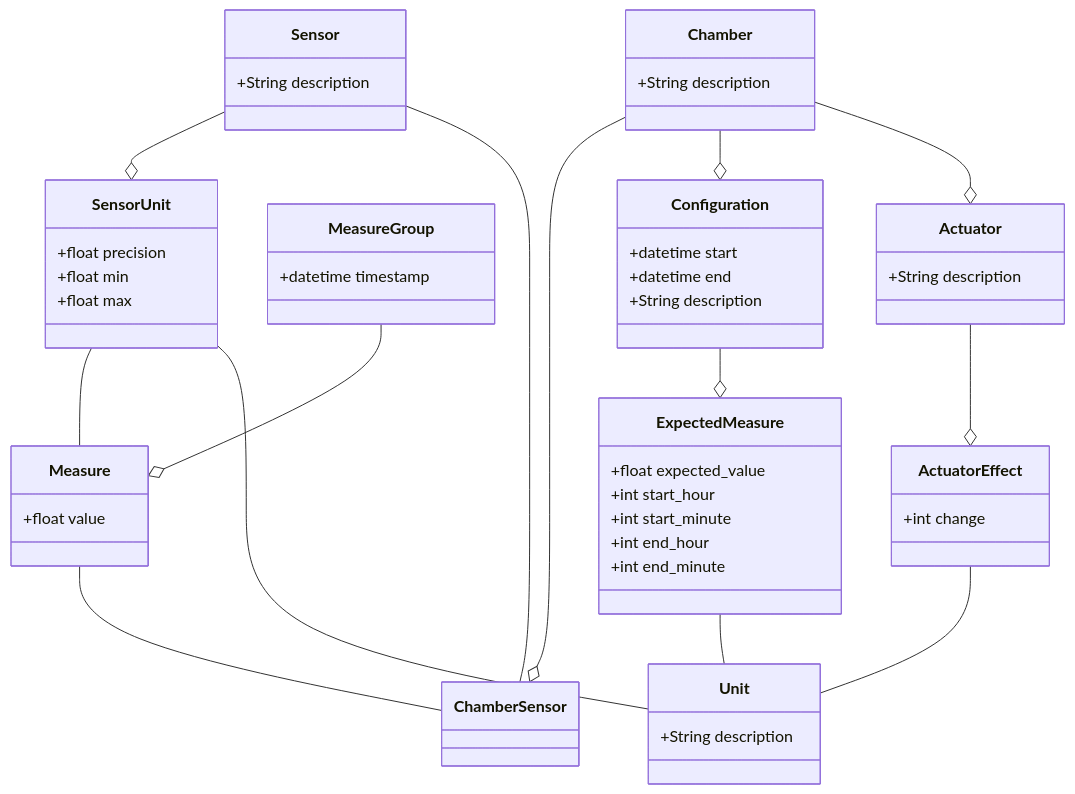
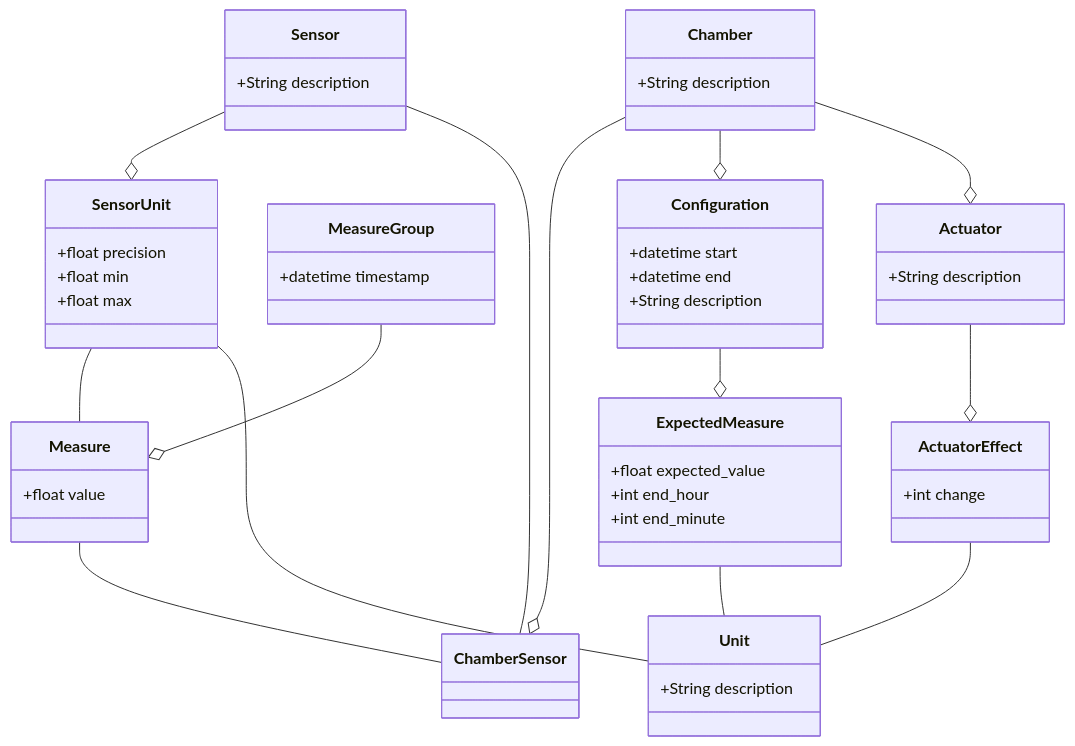
Before and after one commit to GrowCab/GC_database: the diagram in docs/database_design.md, drawn with Mermaid.

Commit message:
Add comments regarding the db model

````diff
--- a/docs/database_design.md
+++ b/docs/database_design.md
@@ -1,64 +1,70 @@
 ```mermaid
 classDiagram
 
 class Sensor{
     +String description
 }
 
 class SensorUnit{
     +float precision
     +float min
     +float max
 }
 
 class Unit{
     +String description
 }
 
 class MeasureGroup{
     +datetime timestamp
 }
 
 class Measure{
     +float value
 }
 
+%% The first value of the intervals (0000)
+%% is implicit making the last interval
+%% (2359) always required. Any configuration
+%% of intervals in-between is be valid.
 class ExpectedMeasure{
     +float expected_value
-    +int start_hour
-    +int start_minute
     +int end_hour
     +int end_minute
 }
+
+%% The configuration API is required to request
+%% the units available for configuration through
+%% the ChamberSensor->SensorUnit->Unit relation
 class Configuration{
     +datetime start
     +datetime end
     +String description
 }
 class Chamber{
     +String description
 }
 
 class Actuator{
     +String description
 }
 
 class ActuatorEffect{
     +int change
 }
 
 MeasureGroup --o Measure
 Measure -- ChamberSensor
 SensorUnit -- Measure
 Sensor --o SensorUnit
 SensorUnit -- Unit
 Chamber --o ChamberSensor
 Sensor -- ChamberSensor
 ExpectedMeasure -- Unit
 Configuration --o ExpectedMeasure
 Chamber --o Configuration
 Chamber --o Actuator
 Actuator --o ActuatorEffect
 ActuatorEffect -- Unit
 
 ```
````
